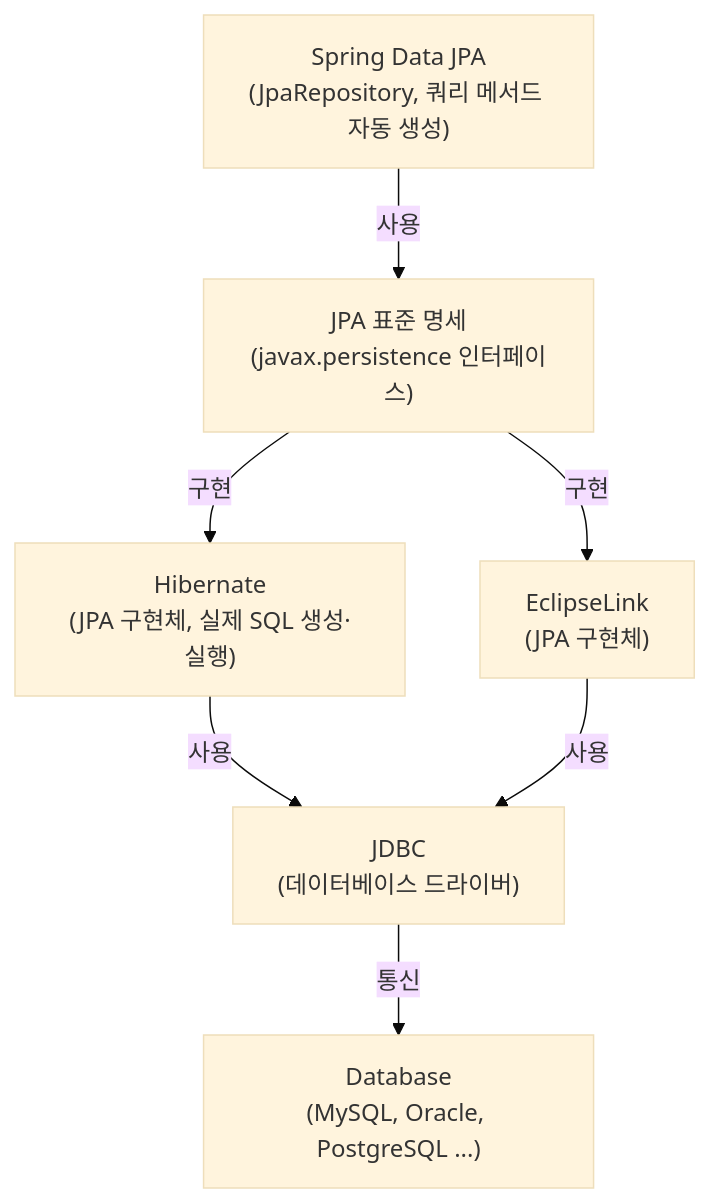
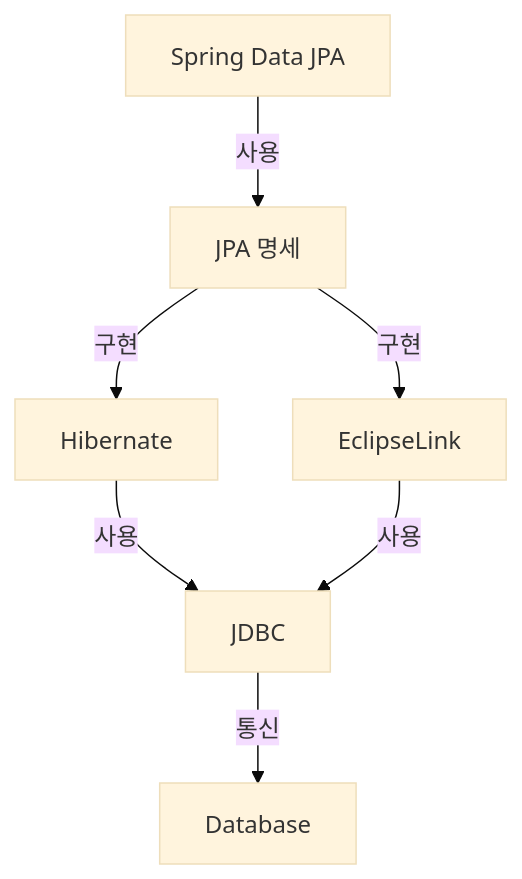
Before and after one commit to yjkim2015/yjkim2015.github.io: the second of 10 diagrams in _posts/jpa/2026-05-01-jpa-fundamentals.md, drawn with Mermaid (base theme). The commit also changed other lines of this file and 215 other files, not shown here.

First line of the commit message:
신규 포스트 10개 추가 + Mermaid 전면 축소 + SystemDesign 시리즈 보강

````diff
--- a/_posts/jpa/2026-05-01-jpa-fundamentals.md
+++ b/_posts/jpa/2026-05-01-jpa-fundamentals.md
@@ -65,16 +53,7 @@
 ```mermaid
 graph TD
-    SDJ["Spring Data JPA\n(JpaRepository, 쿼리 메서드 자동 생성)"]
-    JPA["JPA 표준 명세\n(javax.persistence 인터페이스)"]
-    HIB["Hibernate\n(JPA 구현체, 실제 SQL 생성·실행)"]
-    ECL["EclipseLink\n(JPA 구현체)"]
-    JDBC["JDBC\n(데이터베이스 드라이버)"]
-    DB["Database\n(MySQL, Oracle, PostgreSQL ...)"]
-
-    SDJ -->|"사용"| JPA
-    JPA -->|"구현"| HIB
-    JPA -->|"구현"| ECL
-    HIB -->|"사용"| JDBC
-    ECL -->|"사용"| JDBC
-    JDBC -->|"통신"| DB
+    SDJ["Spring Data JPA"] -->|사용| JPA["JPA 명세"]
+    JPA -->|구현| HIB["Hibernate"] & ECL["EclipseLink"]
+    HIB & ECL -->|사용| JDBC["JDBC"]
+    JDBC -->|통신| DB["Database"]
 ```
````
